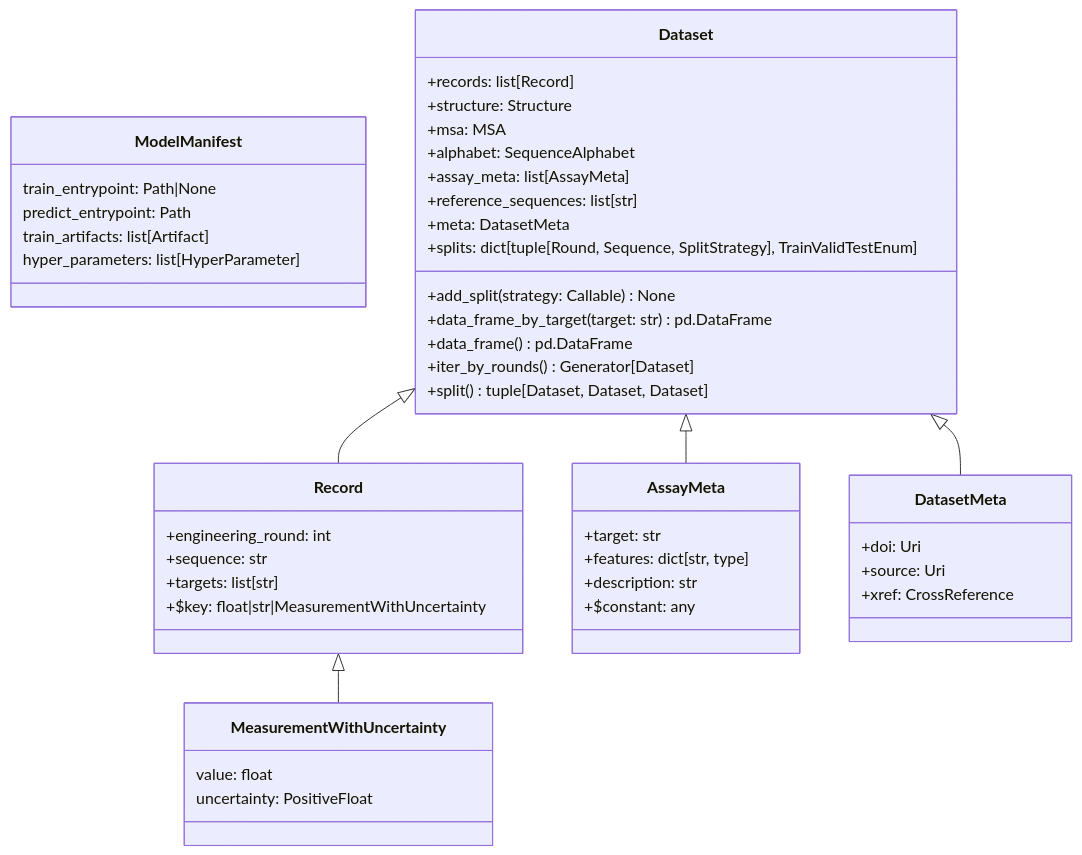
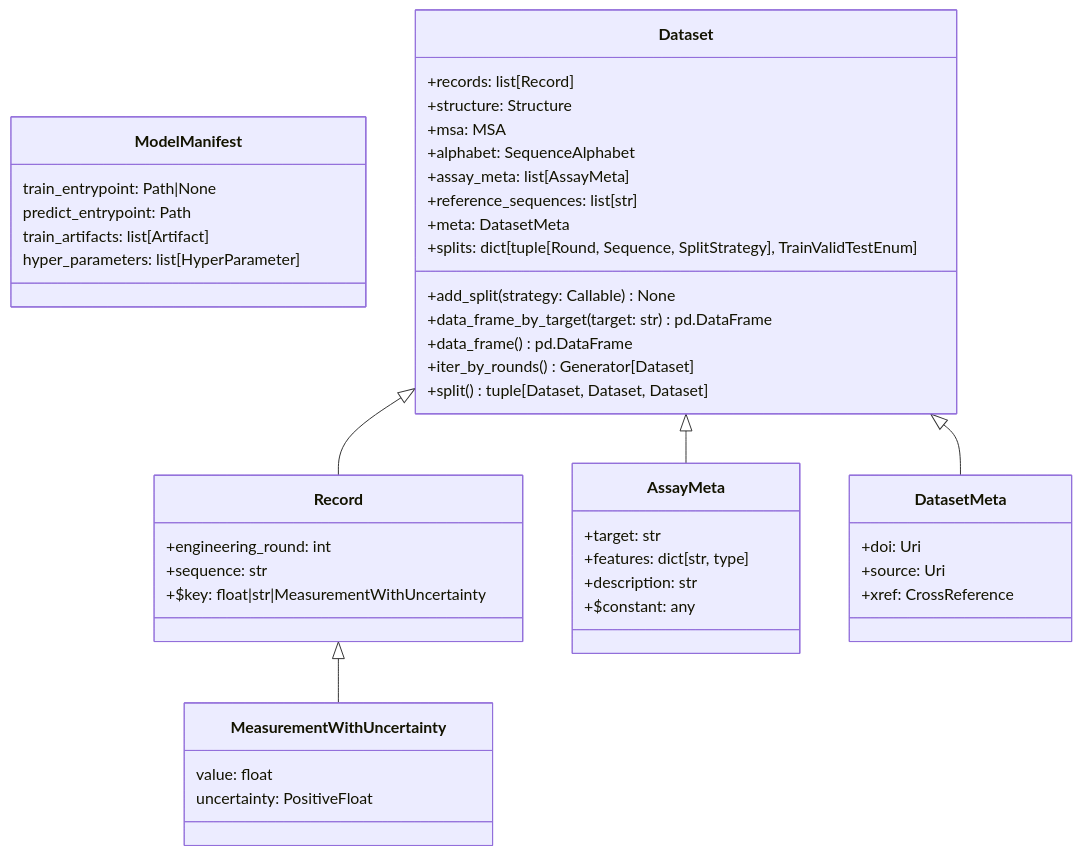
Before and after one commit to ProteinGym/proteingym-base: the diagram in README.md, drawn with Mermaid.

````diff
--- a/README.md
+++ b/README.md
@@ -4,49 +4,48 @@
 ``` mermaid
 classDiagram
     class ModelManifest{
         train_entrypoint: Path|None
         predict_entrypoint: Path
         train_artifacts: list[Artifact]
         hyper_parameters: list[HyperParameter]
     }
     class MeasurementWithUncertainty{
         value: float
         uncertainty: PositiveFloat
     }
     class Dataset{
         +records: list[Record]
         +structure: Structure
         +msa: MSA
         +alphabet: SequenceAlphabet
         +assay_meta: list[AssayMeta]
         +reference_sequences: list[str]
         +meta: DatasetMeta
         +splits: dict[tuple[Round, Sequence, SplitStrategy], TrainValidTestEnum]
         +add_split(strategy: Callable) None
         +data_frame_by_target(target: str) pd.DataFrame
         +data_frame() pd.DataFrame
         +iter_by_rounds() Generator[Dataset]
         +split() tuple[Dataset, Dataset, Dataset]
     }
     Dataset <|-- Record
     class Record{
       +engineering_round: int
       +sequence: str
-      +targets: list[str]
       +$key: float|str|MeasurementWithUncertainty
     }
     class AssayMeta{
         +target: str
         +features: dict[str, type]
         +description: str
         +$constant: any
     }
     Dataset <|-- AssayMeta
     Dataset <|-- DatasetMeta
     Record <|-- MeasurementWithUncertainty
     class DatasetMeta {
         +doi: Uri
         +source: Uri
         +xref: CrossReference
     }
 ```
````
